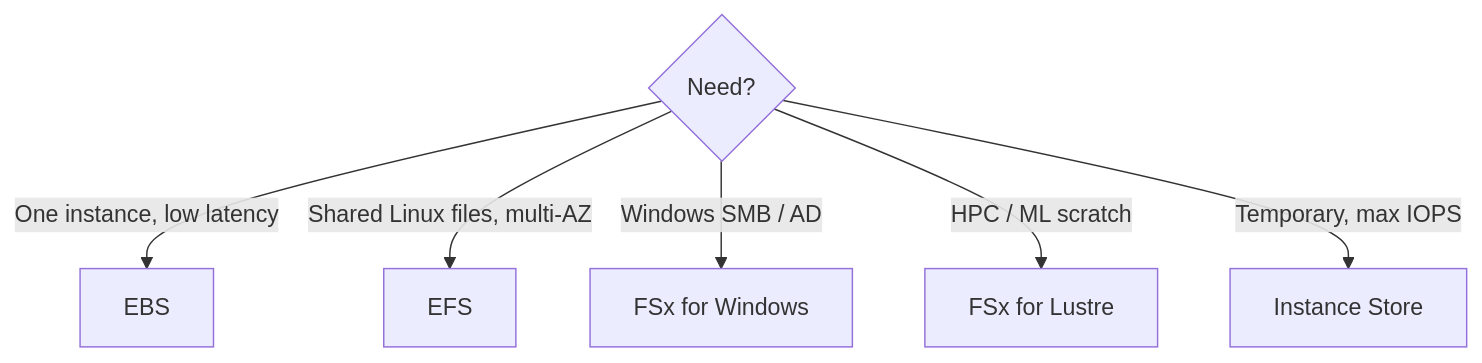
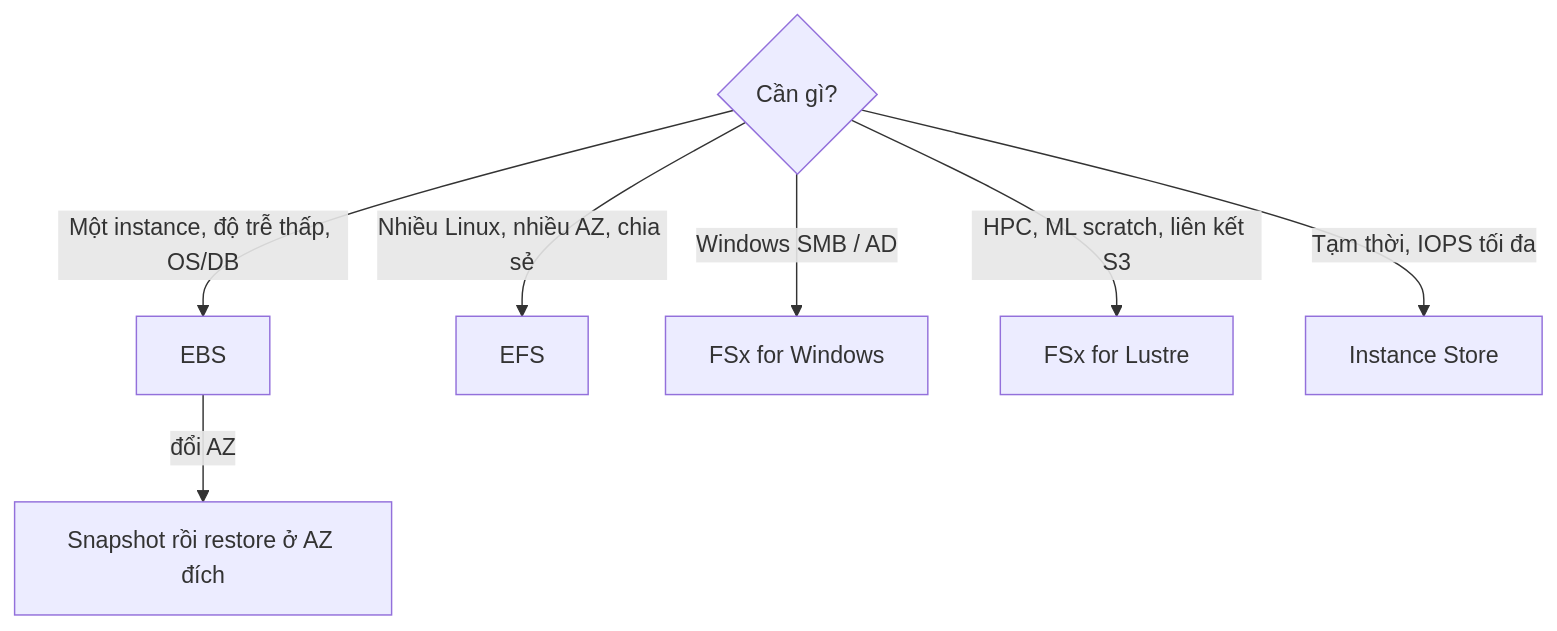
Before and after one commit to passion-Infinity/personal-tech-playbook: the diagram in src/assets/knowledge/playbooks/aws/ebs-efs-fsx-storage.md, drawn with Mermaid. The commit also changed other lines of this file and 6 other files, not shown here.

First line of the commit message:
Deep-dive rewrite: SQS/SNS/EventBridge, Lambda, DR, EBS/EFS/FSx, CloudWatch/CloudTrail/Config, ECS/EKS/Fargate

````diff
--- a/src/assets/knowledge/playbooks/aws/ebs-efs-fsx-storage.md
+++ b/src/assets/knowledge/playbooks/aws/ebs-efs-fsx-storage.md
@@ -15,8 +32,9 @@
 ```mermaid
 flowchart TD
-    Q{Need?} -->|"One instance, low latency"| EBS
-    Q -->|"Shared Linux files, multi-AZ"| EFS
-    Q -->|"Windows SMB / AD"| FSxW["FSx for Windows"]
-    Q -->|"HPC / ML scratch"| FSxL["FSx for Lustre"]
-    Q -->|"Temporary, max IOPS"| IS["Instance Store"]
+    Q{Cần gì?} -->|"Một instance, độ trễ thấp, OS/DB"| EBS[EBS]
+    Q -->|"Nhiều Linux, nhiều AZ, chia sẻ"| EFS[EFS]
+    Q -->|"Windows SMB / AD"| FW["FSx for Windows"]
+    Q -->|"HPC, ML scratch, liên kết S3"| FL["FSx for Lustre"]
+    Q -->|"Tạm thời, IOPS tối đa"| IS["Instance Store"]
+    EBS -->|"đổi AZ"| SNAP["Snapshot rồi restore ở AZ đích"]
 ```
````
